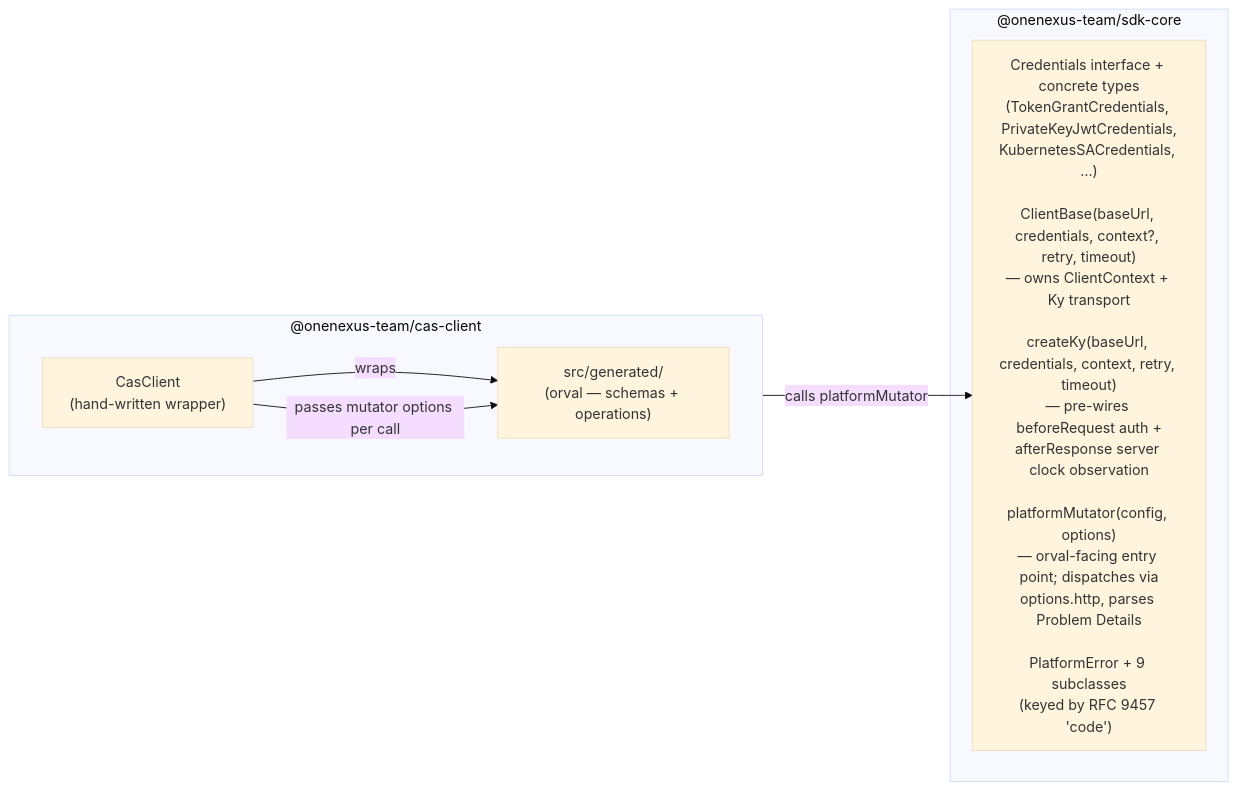
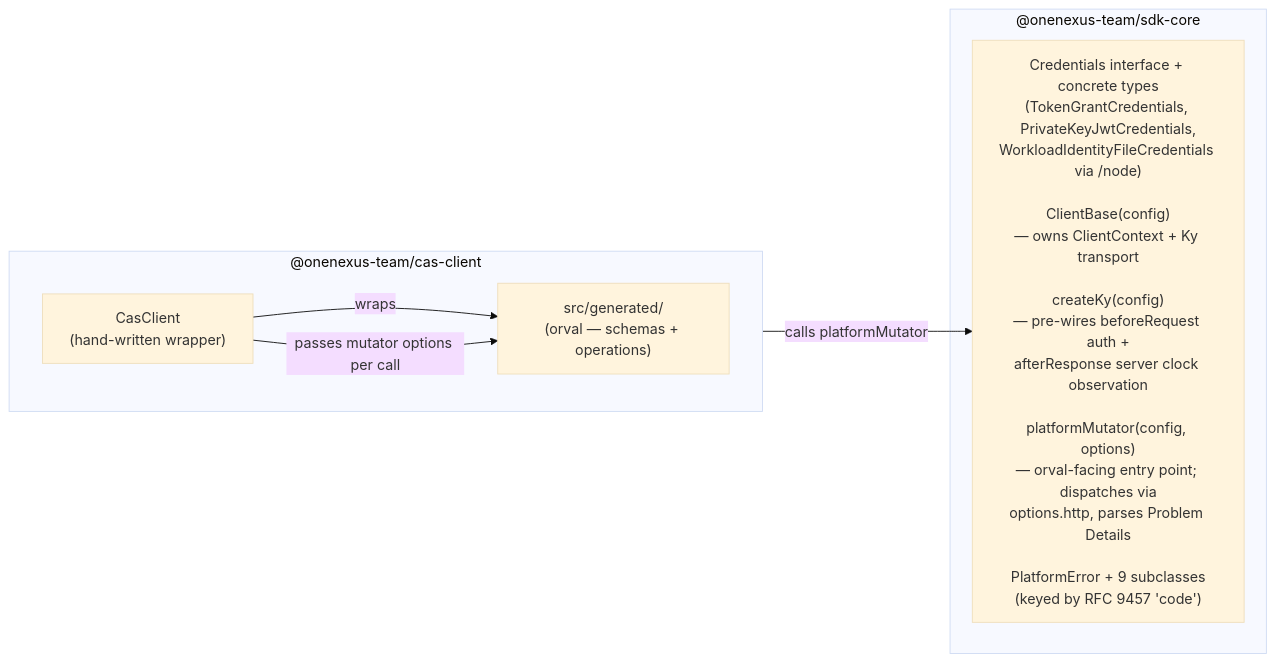
One commit to onenexus-team/onenexus-sdks changed the diagram in ts/README.md. Above: the diagram before and after it, drawn with Mermaid (base theme). The commit also changed other lines of this file and 6 other files, not shown here.

````diff
--- a/ts/README.md
+++ b/ts/README.md
@@ -85,16 +69,16 @@
 ```mermaid
 flowchart LR
     subgraph cas["@onenexus-team/cas-client"]
         direction LR
         client["CasClient<br/>(hand-written wrapper)"]
         gen["src/generated/<br/>(orval — schemas + operations)"]
         client -- wraps --> gen
     end
 
     subgraph core["@onenexus-team/sdk-core"]
-        coreNode["Credentials interface + concrete types<br/>(TokenGrantCredentials, PrivateKeyJwtCredentials,<br/>KubernetesSACredentials, …)<br/><br/>ClientBase(baseUrl, credentials, context?, retry, timeout)<br/>— owns ClientContext + Ky transport<br/><br/>createKy(baseUrl, credentials, context, retry, timeout)<br/>— pre-wires beforeRequest auth +<br/>afterResponse server clock observation<br/><br/>platformMutator(config, options)<br/>— orval-facing entry point; dispatches via<br/>options.http, parses Problem Details<br/><br/>PlatformError + 9 subclasses<br/>(keyed by RFC 9457 'code')"]
+        coreNode["Credentials interface + concrete types<br/>(TokenGrantCredentials, PrivateKeyJwtCredentials,<br/>WorkloadIdentityFileCredentials via /node)<br/><br/>ClientBase(config)<br/>— owns ClientContext + Ky transport<br/><br/>createKy(config)<br/>— pre-wires beforeRequest auth +<br/>afterResponse server clock observation<br/><br/>platformMutator(config, options)<br/>— orval-facing entry point; dispatches via<br/>options.http, parses Problem Details<br/><br/>PlatformError + 9 subclasses<br/>(keyed by RFC 9457 'code')"]
     end
 
     client -- "passes mutator options per call" --> gen
     gen -- "calls platformMutator" --> coreNode
 ```
````
